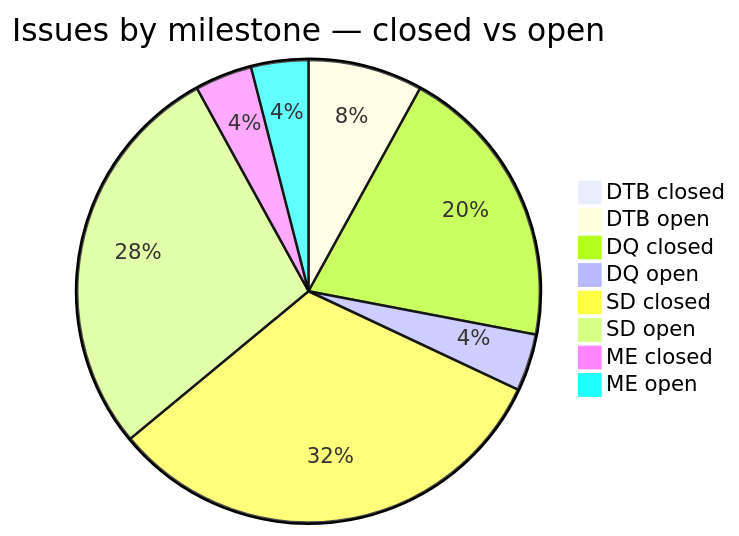
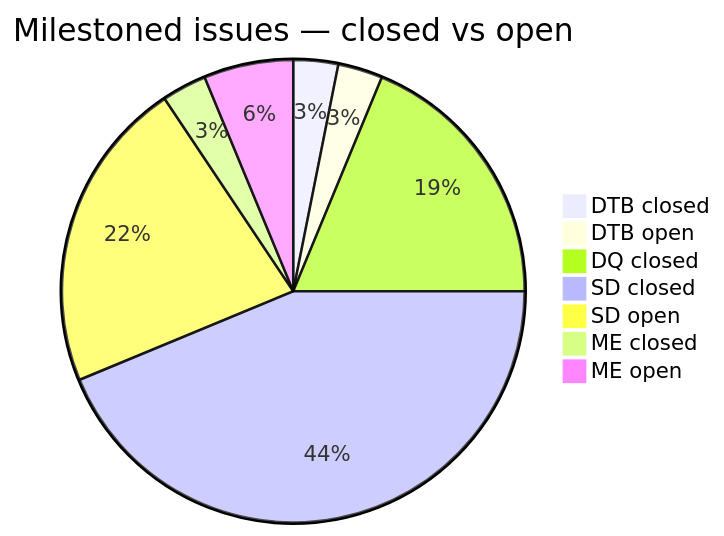
One commit to sanskrit-lexicon/AP changed the diagram in README.md. Above: the diagram before and after it, drawn with Mermaid. The commit also changed other lines of this file, not shown here.

First line of the commit message:
docs(README): refresh to current issue/milestone/contributor state (H548)

````diff
--- a/README.md
+++ b/README.md
@@ -59,11 +79,10 @@
 ```mermaid
-pie title Issues by milestone — closed vs open
-    "DTB closed" : 0
-    "DTB open" : 2
-    "DQ closed" : 5
-    "DQ open" : 1
-    "SD closed" : 8
+pie title Milestoned issues — closed vs open
+    "DTB closed" : 1
+    "DTB open" : 1
+    "DQ closed" : 6
+    "SD closed" : 14
     "SD open" : 7
     "ME closed" : 1
-    "ME open" : 1
+    "ME open" : 2
 ```
````
